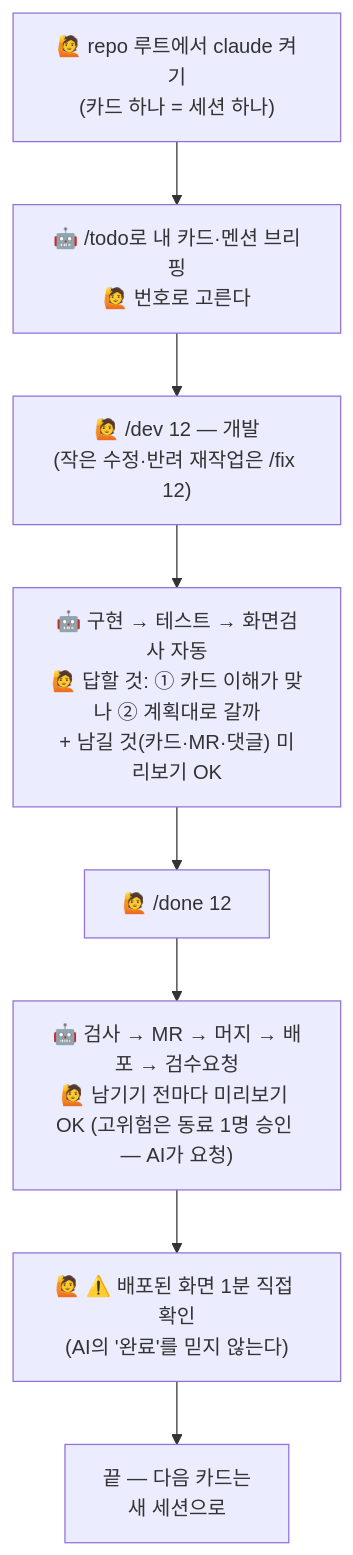
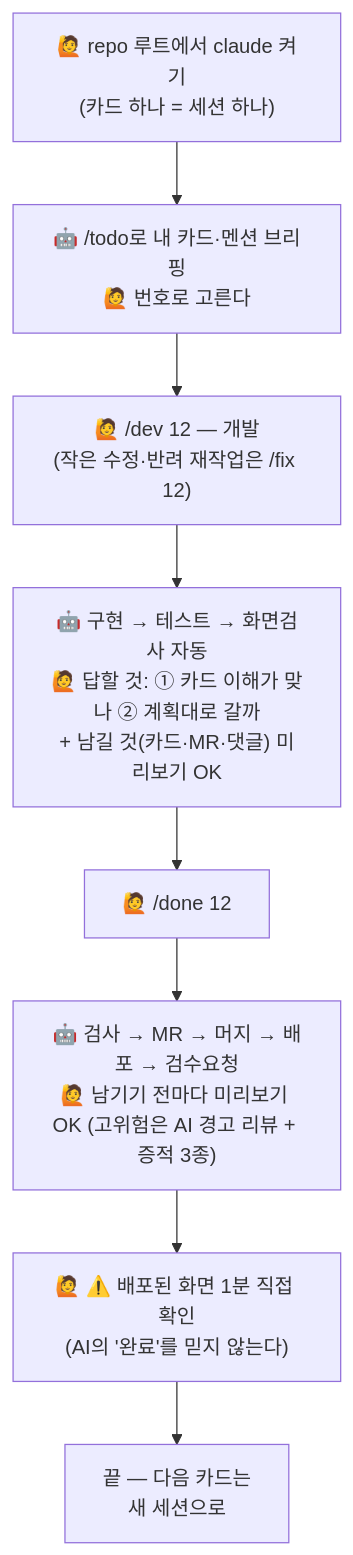
The second of 2 diagrams in 3-starter-kit/docs/00_Guide/ONBOARDING.md (majorTom-cat/ai-framework), drawn with Mermaid before and after one commit. The commit also changed other lines of this file and 6 other files, not shown here.

````diff
--- a/3-starter-kit/docs/00_Guide/ONBOARDING.md
+++ b/3-starter-kit/docs/00_Guide/ONBOARDING.md
@@ -200,10 +200,10 @@
 ```mermaid
 flowchart TB
     A["🙋 repo 루트에서 claude 켜기<br/>(카드 하나 = 세션 하나)"] --> B["🤖 /todo로 내 카드·멘션 브리핑<br/>🙋 번호로 고른다"]
     B --> C["🙋 /dev 12 — 개발<br/>(작은 수정·반려 재작업은 /fix 12)"]
     C --> D["🤖 구현 → 테스트 → 화면검사 자동<br/>🙋 답할 것: ① 카드 이해가 맞나 ② 계획대로 갈까<br/>+ 남길 것(카드·MR·댓글) 미리보기 OK"]
     D --> E["🙋 /done 12"]
-    E --> F["🤖 검사 → MR → 머지 → 배포 → 검수요청<br/>🙋 남기기 전마다 미리보기 OK (고위험은 동료 1명 승인 — AI가 요청)"]
+    E --> F["🤖 검사 → MR → 머지 → 배포 → 검수요청<br/>🙋 남기기 전마다 미리보기 OK (고위험은 AI 경고 리뷰 + 증적 3종)"]
     F --> G["🙋 ⚠️ 배포된 화면 1분 직접 확인<br/>(AI의 '완료'를 믿지 않는다)"]
     G --> H["끝 — 다음 카드는<br/>새 세션으로"]
 ```
````
